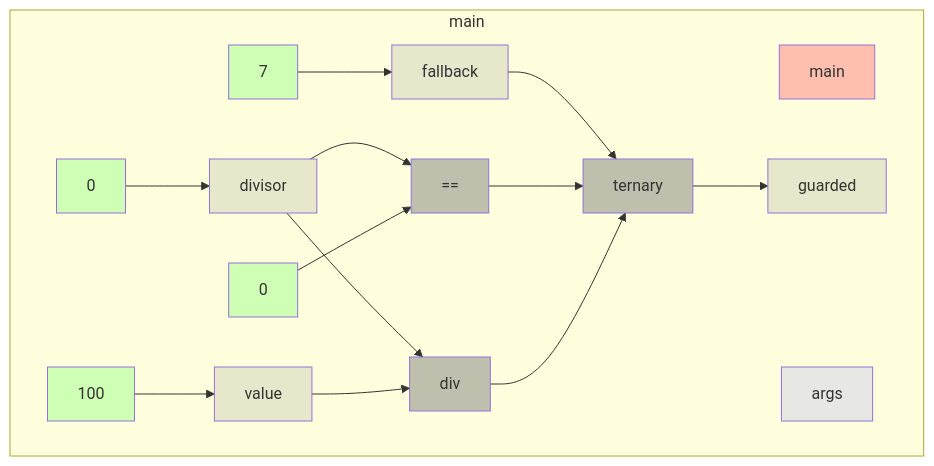
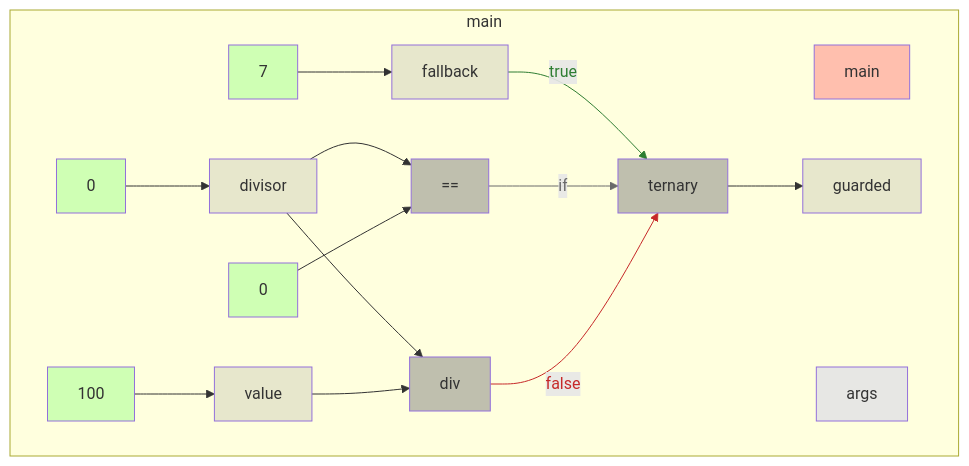
Before and after one commit to gstiebler/codeflow: the diagram in app/src/test/resources/ternary/truth.md, drawn with Mermaid. The commit also changed 18 other files, not shown here.

````diff
--- a/app/src/test/resources/ternary/truth.md
+++ b/app/src/test/resources/ternary/truth.md
@@ -1,36 +1,39 @@
 ```mermaid
 flowchart TD
   subgraph b0["main"]
     n1[main]:::RETURN
     n2[args]:::FUNC_PARAM
     n3[0]:::LITERAL
     n4[divisor]:::VARIABLE
     n5[100]:::LITERAL
     n6[value]:::VARIABLE
     n7[7]:::LITERAL
     n8[fallback]:::VARIABLE
     n9[0]:::LITERAL
     n10[==]:::BIN_OP
     n11[div]:::BIN_OP
     n12[ternary]:::BIN_OP
     n13[guarded]:::VARIABLE
     n3[0]:::LITERAL --> n4[divisor]:::VARIABLE
     n4[divisor]:::VARIABLE --> n10[==]:::BIN_OP
     n4[divisor]:::VARIABLE --> n11[div]:::BIN_OP
     n5[100]:::LITERAL --> n6[value]:::VARIABLE
     n6[value]:::VARIABLE --> n11[div]:::BIN_OP
     n7[7]:::LITERAL --> n8[fallback]:::VARIABLE
-    n8[fallback]:::VARIABLE --> n12[ternary]:::BIN_OP
+    n8[fallback]:::VARIABLE -->|true| n12[ternary]:::BIN_OP
     n9[0]:::LITERAL --> n10[==]:::BIN_OP
-    n10[==]:::BIN_OP --> n12[ternary]:::BIN_OP
-    n11[div]:::BIN_OP --> n12[ternary]:::BIN_OP
+    n10[==]:::BIN_OP -->|if| n12[ternary]:::BIN_OP
+    n11[div]:::BIN_OP -->|false| n12[ternary]:::BIN_OP
     n12[ternary]:::BIN_OP --> n13[guarded]:::VARIABLE
   end
+  linkStyle 6 stroke:#2e7d32,color:#2e7d32
+  linkStyle 8 stroke:#6a6a6a,color:#6a6a6a
+  linkStyle 9 stroke:#c62828,color:#c62828
   classDef LITERAL fill:#00FF0030
   classDef VARIABLE fill:#80808030
   classDef BIN_OP fill:#80808080
   classDef FUNC_PARAM fill:#8080FF30
   classDef RETURN fill:#FF808080
   classDef EXTERNAL fill:#FFA50040
   classDef UNMODELLED fill:#FF000030,stroke-dasharray: 4 2
 ```
````
